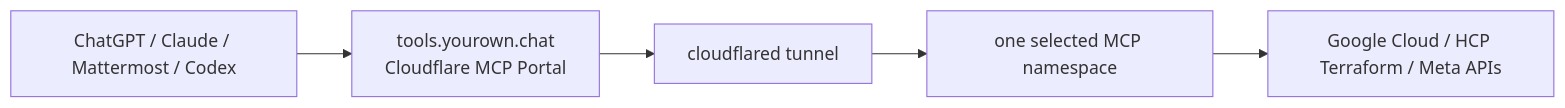
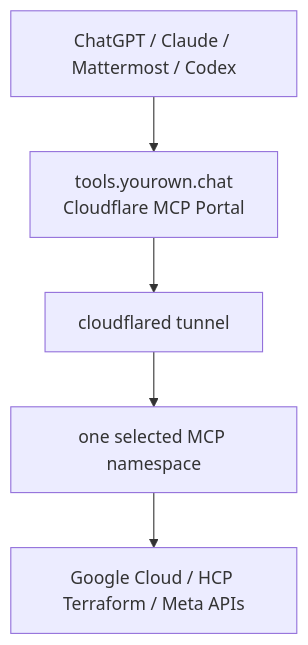
One commit to pilprod/yourown-chat changed the third of 9 diagrams in README.md. Above: the diagram before and after it, drawn with Mermaid. The commit also changed other lines of this file, not shown here.

````diff
--- a/README.md
+++ b/README.md
@@ -91,7 +91,7 @@
 ```mermaid
-flowchart LR
+flowchart TB
   A["ChatGPT / Claude / Mattermost / Codex"] --> P["tools.yourown.chat<br/>Cloudflare MCP Portal"]
   P --> T["cloudflared tunnel"]
   T --> X["one selected MCP namespace"]
   X --> G["Google Cloud / HCP Terraform / Meta APIs"]
 ```
````
